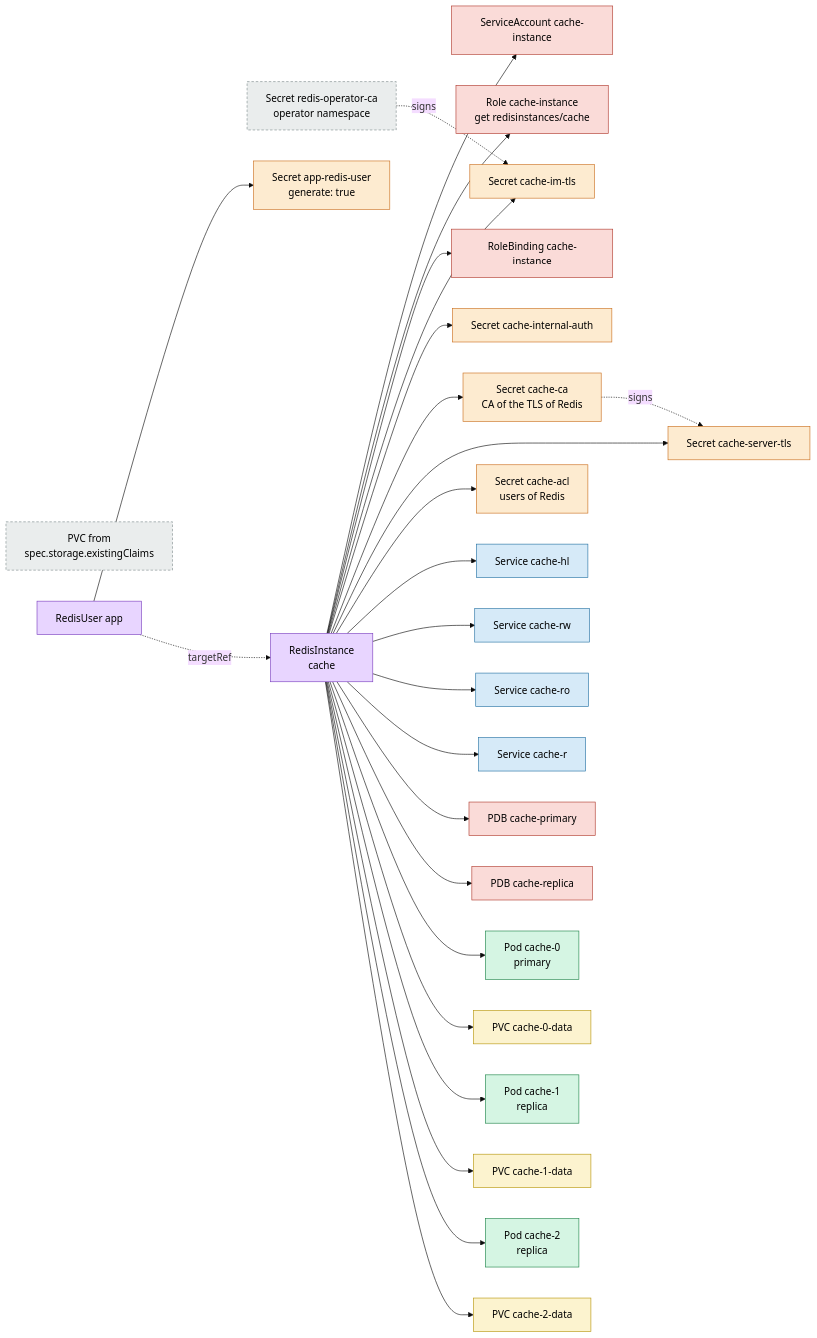
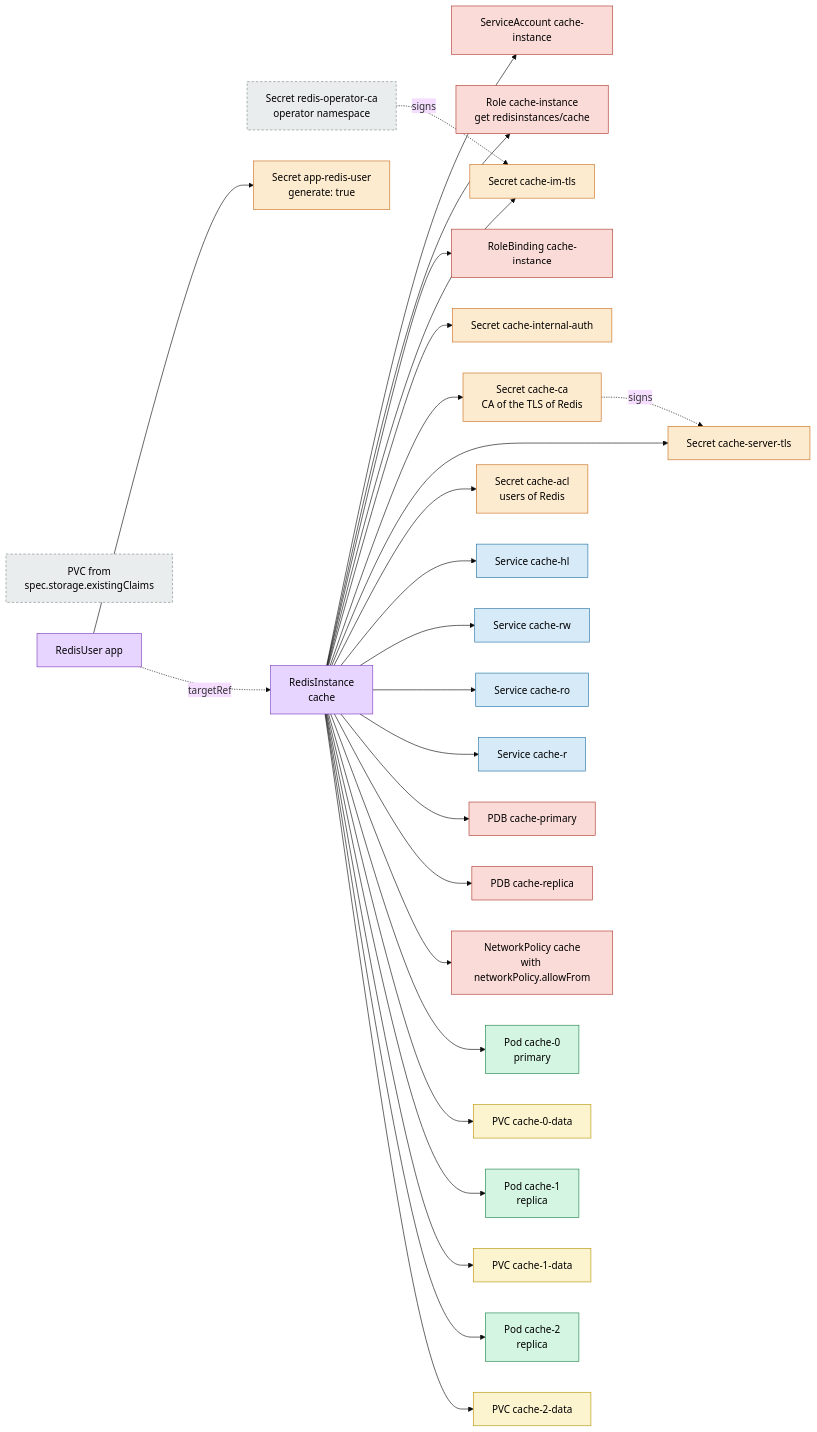
Before and after one commit to MrPickle311/redis-operator: the first of 11 diagrams in docs/architecture.md, drawn with Mermaid (base theme). The commit also changed other lines of this file and 8 other files, not shown here.

Commit message:
Added network policy spec support full

````diff
--- a/docs/architecture.md
+++ b/docs/architecture.md
@@ -13,41 +13,42 @@
 ```mermaid
 flowchart LR
     classDef cr fill:#e8d5ff,stroke:#7b3fbf,color:#000
     classDef pod fill:#d5f5e3,stroke:#1e8449,color:#000
     classDef svc fill:#d6eaf8,stroke:#2471a3,color:#000
     classDef secret fill:#fdebd0,stroke:#ca6f1e,color:#000
     classDef pvc fill:#fcf3cf,stroke:#b7950b,color:#000
     classDef rbac fill:#fadbd8,stroke:#b03a2e,color:#000
     classDef ext fill:#eaeded,stroke:#7f8c8d,color:#000,stroke-dasharray:4 3
 
     CA["Secret redis-operator-ca<br/>operator namespace"]:::ext
     RI["RedisInstance<br/>cache"]:::cr
     EXT["PVC from<br/>spec.storage.existingClaims"]:::ext
 
     RI --> SA["ServiceAccount cache-instance"]:::rbac
     RI --> ROLE["Role cache-instance<br/>get redisinstances/cache"]:::rbac
     RI --> RB["RoleBinding cache-instance"]:::rbac
     RI --> TLS["Secret cache-im-tls"]:::secret
     RI --> AUTH["Secret cache-internal-auth"]:::secret
     RI --> RCA["Secret cache-ca<br/>CA of the TLS of Redis"]:::secret
     RI --> RTLS["Secret cache-server-tls"]:::secret
     RI --> ACL["Secret cache-acl<br/>users of Redis"]:::secret
     RU["RedisUser app"]:::cr
     RU --> RUS["Secret app-redis-user<br/>generate: true"]:::secret
     RU -. targetRef .-> RI
     RCA -. signs .-> RTLS
     RI --> HL["Service cache-hl"]:::svc
     RI --> RW["Service cache-rw"]:::svc
     RI --> RO["Service cache-ro"]:::svc
     RI --> R["Service cache-r"]:::svc
     RI --> PDBP["PDB cache-primary"]:::rbac
     RI --> PDBR["PDB cache-replica"]:::rbac
+    RI --> NP["NetworkPolicy cache<br/>with networkPolicy.allowFrom"]:::rbac
     RI --> P0["Pod cache-0<br/>primary"]:::pod
     RI --> D0["PVC cache-0-data"]:::pvc
     RI --> P1["Pod cache-1<br/>replica"]:::pod
     RI --> D1["PVC cache-1-data"]:::pvc
     RI --> P2["Pod cache-2<br/>replica"]:::pod
     RI --> D2["PVC cache-2-data"]:::pvc
 
     CA -. signs .-> TLS
 ```
````
